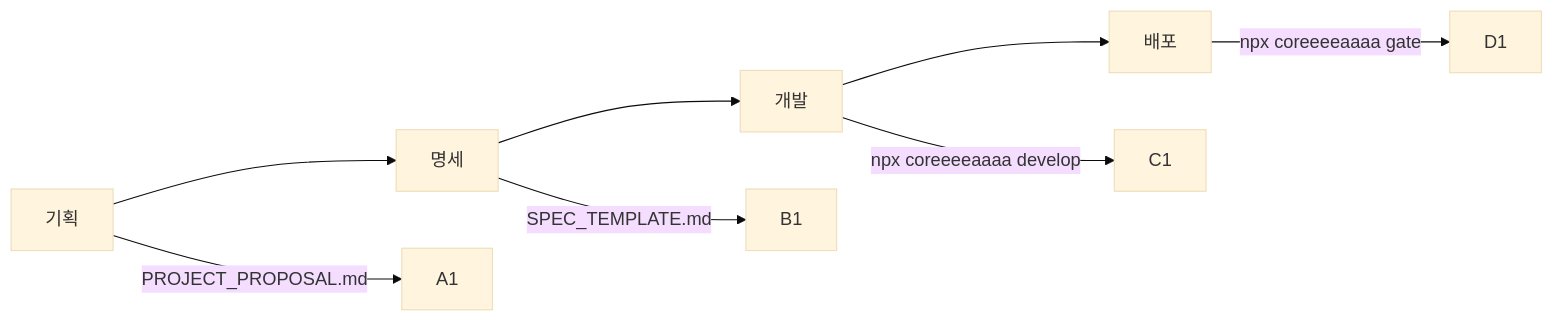
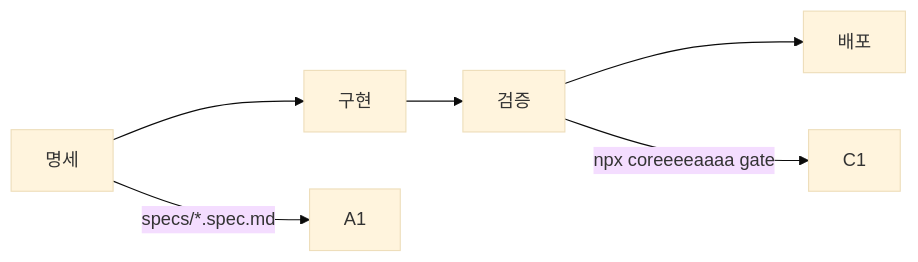
Before and after one commit to coreeeeaaaa/coreeeeaaaa: the diagram in README.md, drawn with Mermaid (base theme). The commit also changed other lines of this file and 1 other file, not shown here.

````diff
--- a/README.md
+++ b/README.md
@@ -137,11 +87,9 @@
 ```mermaid
 graph LR
-    A[기획] --> B[명세]
-    B --> C[개발]
+    A[명세] --> B[구현]
+    B --> C[검증]
     C --> D[배포]
 
-    A -->|PROJECT_PROPOSAL.md| A1
-    B -->|SPEC_TEMPLATE.md| B1
-    C -->|npx coreeeeaaaa develop| C1
-    D -->|npx coreeeeaaaa gate| D1
+    A -->|specs/*.spec.md| A1
+    C -->|npx coreeeeaaaa gate| C1
 ```
````
